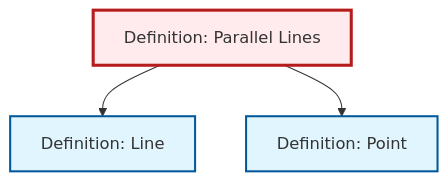
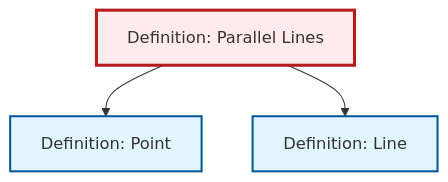
Before and after one commit to RK0429/ModernMath: the diagram in output/mermaid/def-parallel.mermaid, drawn with Mermaid. The commit also changed other lines of this file and 1122 other files, not shown here.

````diff
--- a/output/mermaid/def-parallel.mermaid
+++ b/output/mermaid/def-parallel.mermaid
@@ -1,15 +1,15 @@
 ```{mermaid}
 %%| fig-cap: "Local dependency graph"
 graph TD
     classDef definition fill:#e1f5fe,stroke:#01579b,stroke-width:2px
     classDef theorem fill:#f3e5f5,stroke:#4a148c,stroke-width:2px
     classDef axiom fill:#fff3e0,stroke:#e65100,stroke-width:2px
     classDef example fill:#e8f5e9,stroke:#1b5e20,stroke-width:2px
     classDef current fill:#ffebee,stroke:#b71c1c,stroke-width:3px
+    def-parallel["Definition: Parallel Lines"]:::definition
+    def-line["Definition: Line"]:::definition
     def-point["Definition: Point"]:::definition
-    def-line["Definition: Line"]:::definition
-    def-parallel["Definition: Parallel Lines"]:::definition
+    def-parallel --> def-point
     def-parallel --> def-line
-    def-parallel --> def-point
     class def-parallel current
 ```
````
